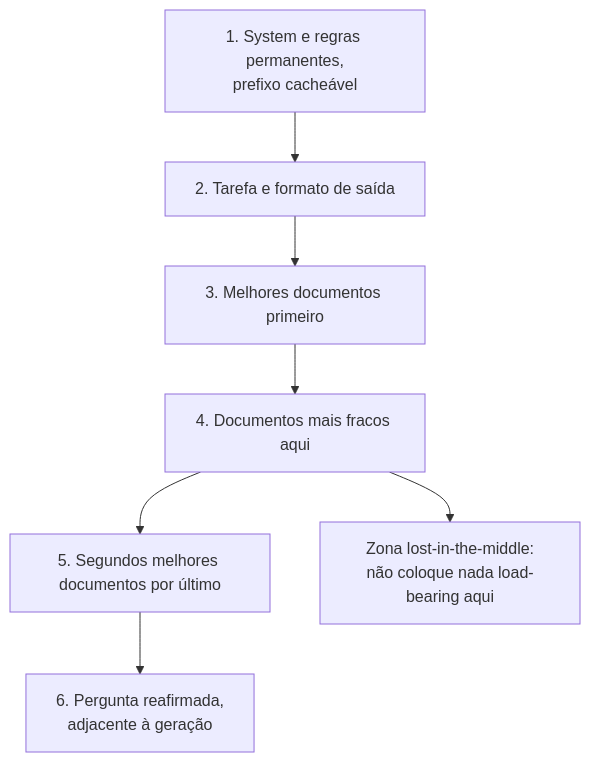
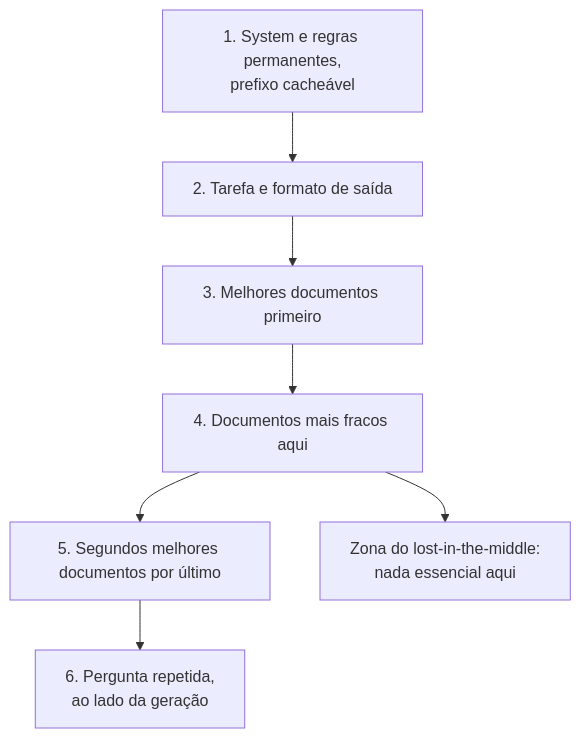
The tenth of 26 diagrams in 03-prompt-engineering-and-context/questions.pt-BR.md (andrevberaldo/AI-Engineer-Interview-Questions), drawn with Mermaid before and after one commit. The commit also changed other lines of this file and 1 other file, not shown here.

````diff
--- a/03-prompt-engineering-and-context/questions.pt-BR.md
+++ b/03-prompt-engineering-and-context/questions.pt-BR.md
@@ -591,9 +591,9 @@
 ```mermaid
 flowchart TD
     A["1. System e regras permanentes,<br/>prefixo cacheável"] --> B["2. Tarefa e formato de saída"]
     B --> C["3. Melhores documentos primeiro"]
     C --> D["4. Documentos mais fracos aqui"]
     D --> E["5. Segundos melhores documentos por último"]
-    E --> F["6. Pergunta reafirmada,<br/>adjacente à geração"]
-    D --> G["Zona lost-in-the-middle:<br/>não coloque nada load-bearing aqui"]
+    E --> F["6. Pergunta repetida,<br/>ao lado da geração"]
+    D --> G["Zona do lost-in-the-middle:<br/>nada essencial aqui"]
 ```
````
